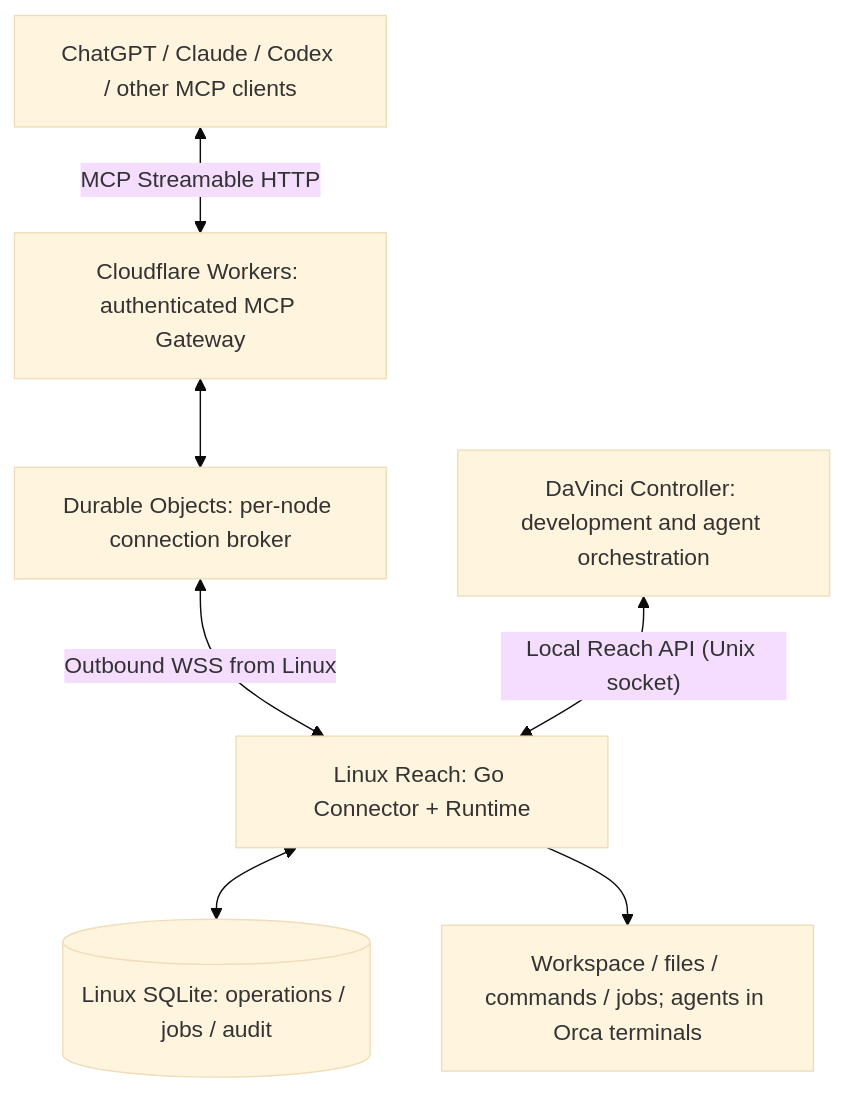
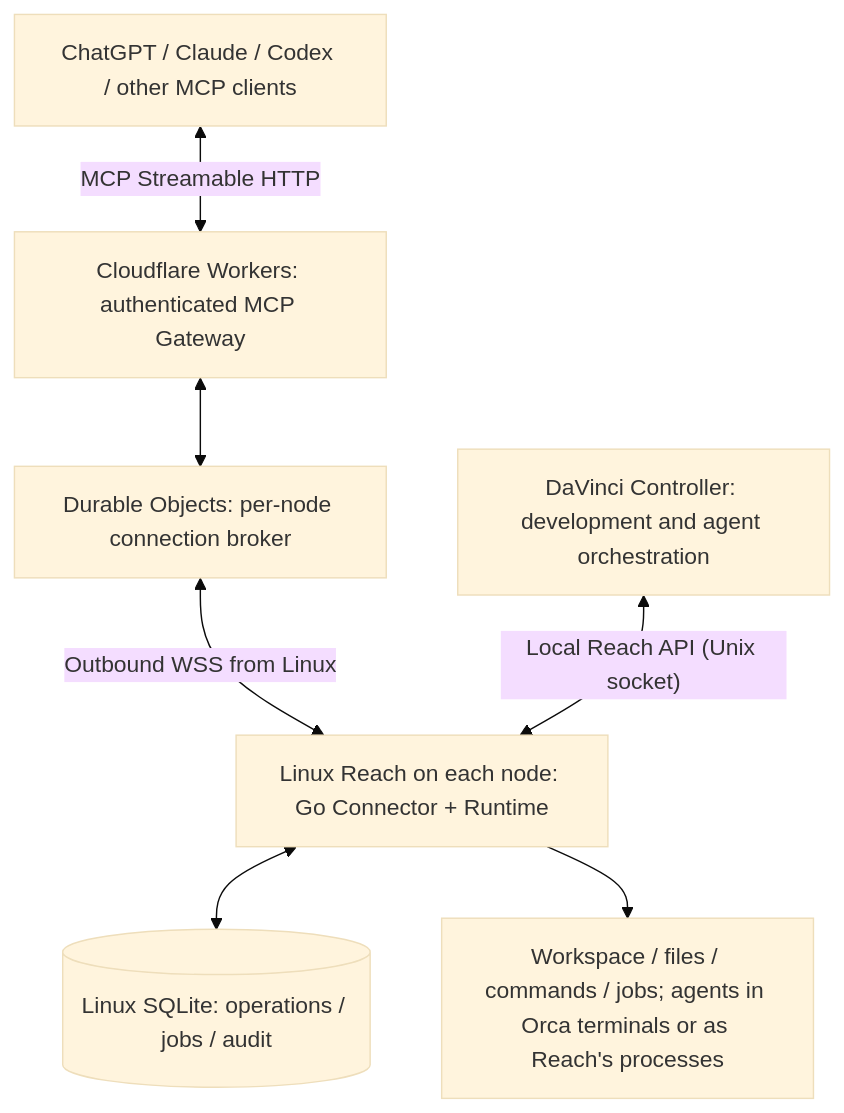
One commit to takezoh/syntoria-reach changed the diagram in README.md. Above: the diagram before and after it, drawn with Mermaid (base theme). The commit also changed other lines of this file and 47 other files, not shown here.

```diff
--- a/README.md
+++ b/README.md
@@ -22,16 +23,16 @@
 ~~~mermaid
 flowchart TB
     AI["ChatGPT / Claude / Codex / other MCP clients"]
     W["Cloudflare Workers: authenticated MCP Gateway"]
     DO["Durable Objects: per-node connection broker"]
-    L["Linux Reach: Go Connector + Runtime"]
+    L["Linux Reach on each node: Go Connector + Runtime"]
     DB[("Linux SQLite: operations / jobs / audit")]
-    OS["Workspace / files / commands / jobs; agents in Orca terminals"]
+    OS["Workspace / files / commands / jobs; agents in Orca terminals or as Reach's processes"]
     DV["DaVinci Controller: development and agent orchestration"]
     AI <-->|"MCP Streamable HTTP"| W
     W <--> DO
     DO <-->|"Outbound WSS from Linux"| L
     L <--> DB
     L --> OS
     DV <-->|"Local Reach API (Unix socket)"| L
 ~~~
```
